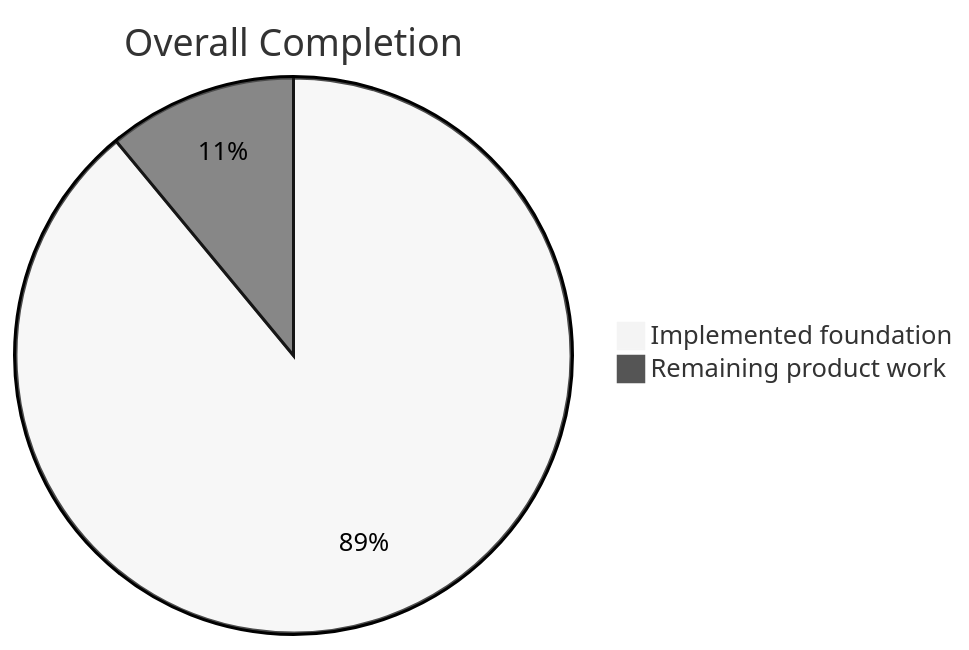
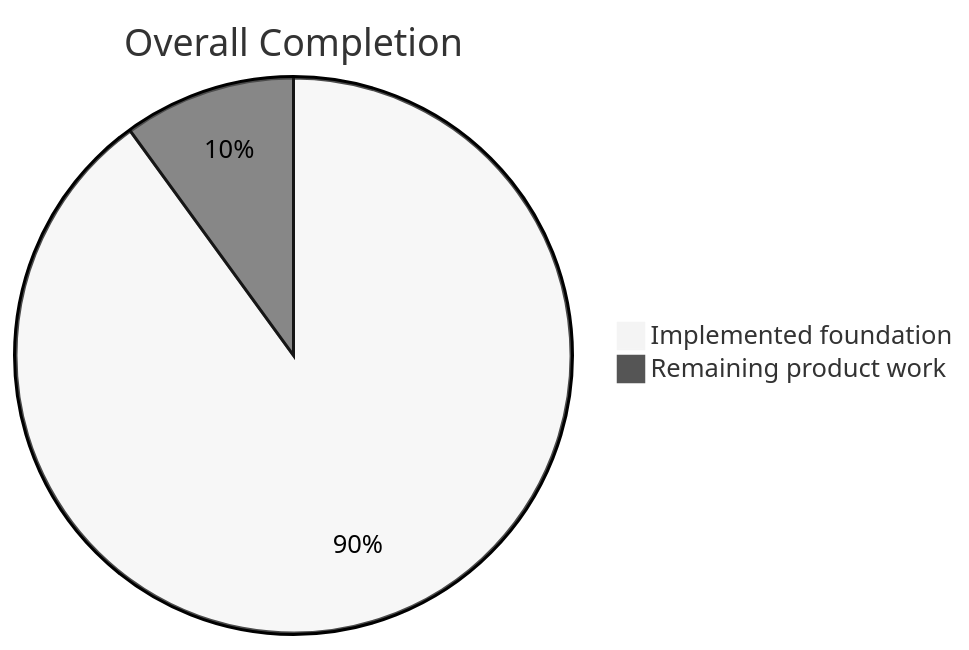
The first of 5 diagrams in README.md (lingmulongtai/GlyphRay), drawn with Mermaid (neutral theme) before and after one commit. The commit also changed other lines of this file and 9 other files, not shown here.

````diff
--- a/README.md
+++ b/README.md
@@ -15,5 +15,5 @@
 ```mermaid
 pie title Overall Completion
-  "Implemented foundation" : 89
-  "Remaining product work" : 11
+  "Implemented foundation" : 90
+  "Remaining product work" : 10
 ```
````
